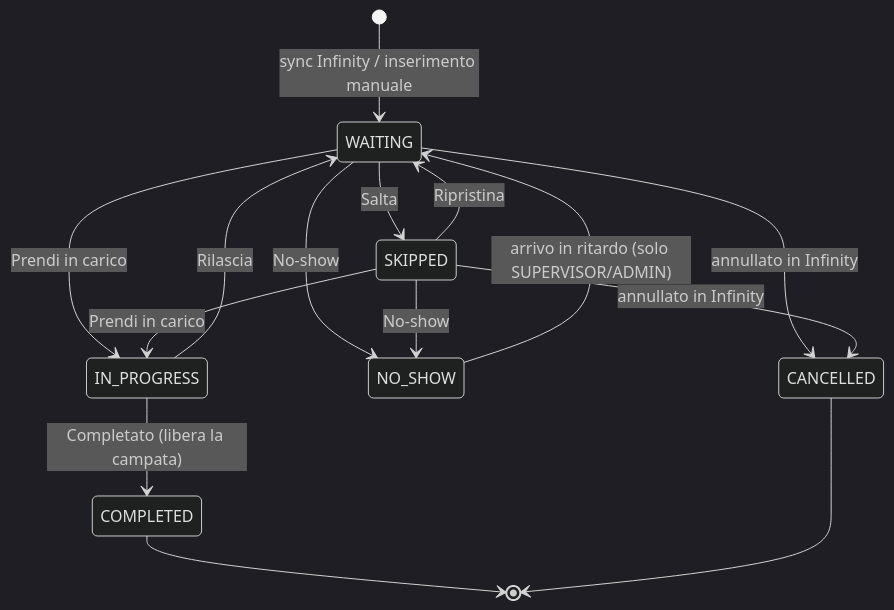
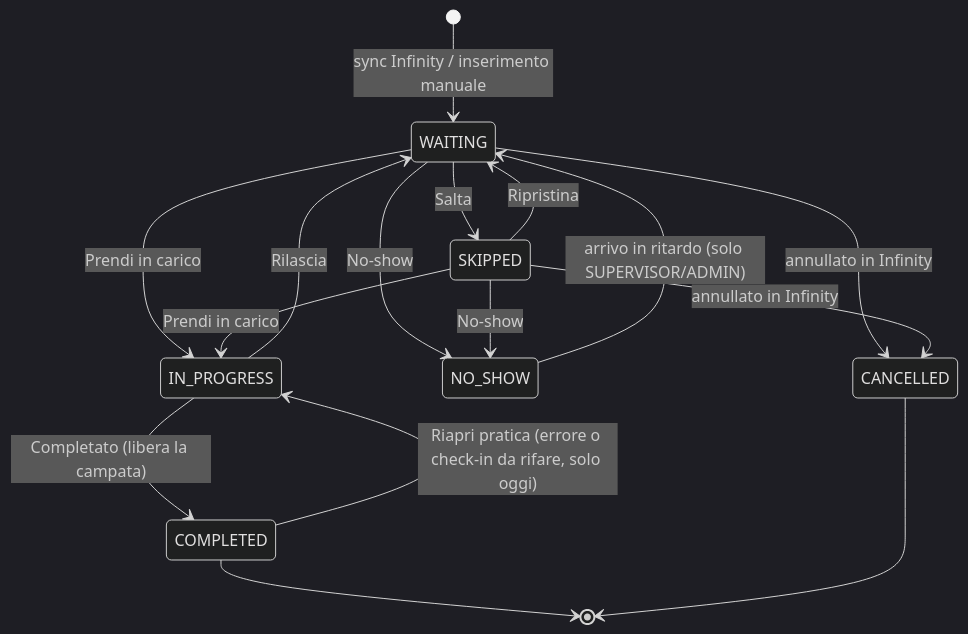
Before and after one commit to lurosso/webapp-accettazione-versione2: the second of 2 diagrams in ARCHITECTURE.md, drawn with Mermaid (dark theme). The commit also changed other lines of this file and 35 other files, not shown here.

Commit message:
feat(core): unificazione login, bypass check-in con alert, riapertura pratica e inserimento manuale

````diff
--- a/ARCHITECTURE.md
+++ b/ARCHITECTURE.md
@@ -334,17 +334,18 @@
 ```mermaid
 stateDiagram-v2
   [*] --> WAITING : sync Infinity / inserimento manuale
   WAITING --> IN_PROGRESS : Prendi in carico
   WAITING --> SKIPPED : Salta
   WAITING --> NO_SHOW : No-show
   WAITING --> CANCELLED : annullato in Infinity
   SKIPPED --> IN_PROGRESS : Prendi in carico
   SKIPPED --> WAITING : Ripristina
   SKIPPED --> NO_SHOW : No-show
   SKIPPED --> CANCELLED : annullato in Infinity
   IN_PROGRESS --> COMPLETED : Completato (libera la campata)
+  COMPLETED --> IN_PROGRESS : Riapri pratica (errore o check-in da rifare, solo oggi)
   IN_PROGRESS --> WAITING : Rilascia
   NO_SHOW --> WAITING : arrivo in ritardo (solo SUPERVISOR/ADMIN)
   COMPLETED --> [*]
   CANCELLED --> [*]
 ```
````
